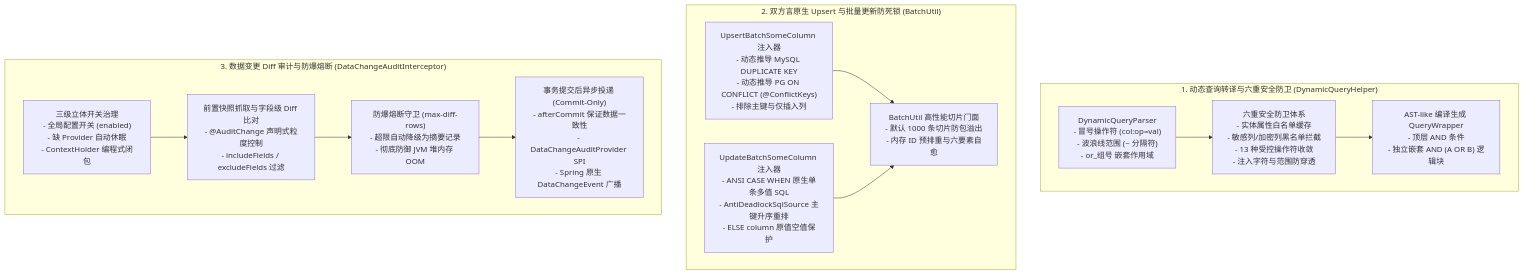
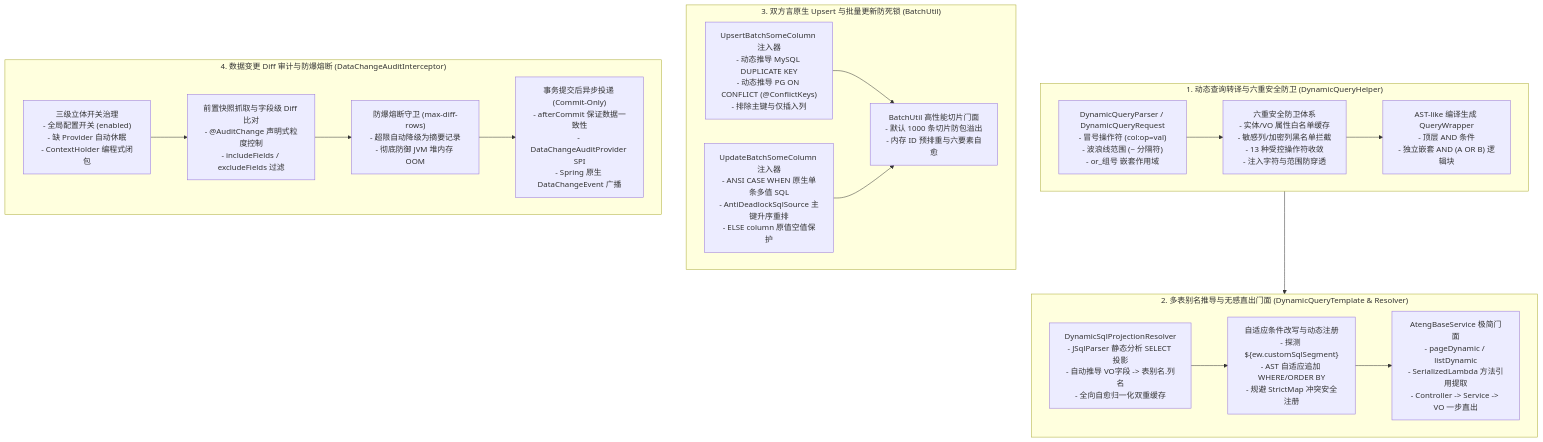
Before and after one commit to atengk/ateng-boot: the diagram in docs/adr/0034-dynamic-query-multidialect-upsert-and-data-audit-architecture.md, drawn with Mermaid. The commit also changed other lines of this file and 11 other files, not shown here.

````diff
--- a/docs/adr/0034-dynamic-query-multidialect-upsert-and-data-audit-architecture.md
+++ b/docs/adr/0034-dynamic-query-multidialect-upsert-and-data-audit-architecture.md
@@ -25,25 +28,34 @@
 ```mermaid
 flowchart TD
     subgraph QueryPipeline["1. 动态查询转译与六重安全防卫 (DynamicQueryHelper)"]
-        UrlParser["DynamicQueryParser\n- 冒号操作符 (col:op=val)\n- 波浪线范围 (~ 分隔符)\n- or_组号 嵌套作用域"]
-        SecurityGuard["六重安全防卫体系\n- 实体属性白名单缓存\n- 敏感列/加密列黑名单拦截\n- 13 种受控操作符收敛\n- 注入字符与范围防穿透"]
+        UrlParser["DynamicQueryParser / DynamicQueryRequest\n- 冒号操作符 (col:op=val)\n- 波浪线范围 (~ 分隔符)\n- or_组号 嵌套作用域"]
+        SecurityGuard["六重安全防卫体系\n- 实体/VO 属性白名单缓存\n- 敏感列/加密列黑名单拦截\n- 13 种受控操作符收敛\n- 注入字符与范围防穿透"]
         ASTCompiler["AST-like 编译生成 QueryWrapper\n- 顶层 AND 条件\n- 独立嵌套 AND (A OR B) 逻辑块"]
         UrlParser --> SecurityGuard --> ASTCompiler
     end
 
-    subgraph BatchEngine["2. 双方言原生 Upsert 与批量更新防死锁 (BatchUtil)"]
+    subgraph DirectEngine["2. 多表别名推导与无感直出门面 (DynamicQueryTemplate & Resolver)"]
+        ASTResolver["DynamicSqlProjectionResolver\n- JSqlParser 静态分析 SELECT 投影\n- 自动推导 VO字段 -> 表别名.列名\n- 全向自愈归一化双重缓存"]
+        AdaptiveStmt["自适应条件改写与动态注册\n- 探测 ${ew.customSqlSegment}\n- AST 自适应追加 WHERE/ORDER BY\n- 规避 StrictMap 冲突安全注册"]
+        ServiceFacade["AtengBaseService 极简门面\n- pageDynamic / listDynamic\n- SerializedLambda 方法引用提取\n- Controller -> Service -> VO 一步直出"]
+        ASTResolver --> AdaptiveStmt --> ServiceFacade
+    end
+
+    subgraph BatchEngine["3. 双方言原生 Upsert 与批量更新防死锁 (BatchUtil)"]
         UpsertDialect["UpsertBatchSomeColumn 注入器\n- 动态推导 MySQL DUPLICATE KEY\n- 动态推导 PG ON CONFLICT (@ConflictKeys)\n- 排除主键与仅插入列"]
         UpdateAntiDeadlock["UpdateBatchSomeColumn 注入器\n- ANSI CASE WHEN 原生单条多值 SQL\n- AntiDeadlockSqlSource 主键升序重排\n- ELSE column 原值空值保护"]
         BatchFacade["BatchUtil 高性能切片门面\n- 默认 1000 条切片防包溢出\n- 内存 ID 预排重与六要素自愈"]
         UpsertDialect --> BatchFacade
         UpdateAntiDeadlock --> BatchFacade
     end
 
-    subgraph AuditPipeline["3. 数据变更 Diff 审计与防爆熔断 (DataChangeAuditInterceptor)"]
+    subgraph AuditPipeline["4. 数据变更 Diff 审计与防爆熔断 (DataChangeAuditInterceptor)"]
         ThreeTierSwitch["三级立体开关治理\n- 全局配置开关 (enabled)\n- 缺 Provider 自动休眠\n- ContextHolder 编程式闭包"]
         SnapshotDiff["前置快照抓取与字段级 Diff 比对\n- @AuditChange 声明式粒度控制\n- includeFields / excludeFields 过滤"]
         CircuitBreaker["防爆熔断守卫 (max-diff-rows)\n- 超限自动降级为摘要记录\n- 彻底防御 JVM 堆内存 OOM"]
         TxCommitDispatch["事务提交后异步投递 (Commit-Only)\n- afterCommit 保证数据一致性\n- DataChangeAuditProvider SPI\n- Spring 原生 DataChangeEvent 广播"]
         ThreeTierSwitch --> SnapshotDiff --> CircuitBreaker --> TxCommitDispatch
     end
+
+    QueryPipeline --> DirectEngine
 ```
````
